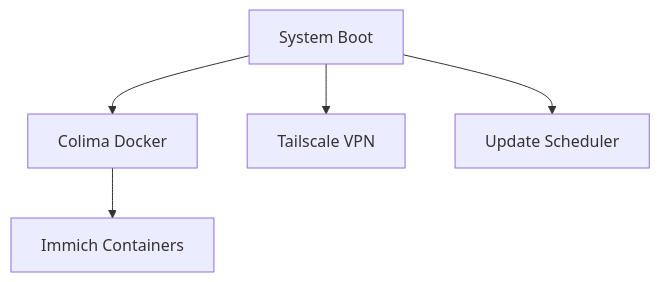
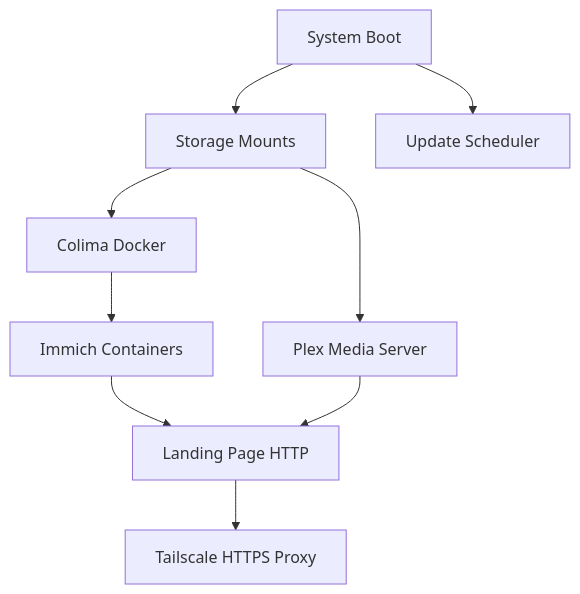
The diagram in docs/AUTOMATION.md (unnitin/home-server), drawn with Mermaid before and after one commit. The commit also changed other lines of this file and 24 other files, not shown here.

````diff
--- a/docs/AUTOMATION.md
+++ b/docs/AUTOMATION.md
@@ -26,7 +26,11 @@
 ```mermaid
 graph TD
-    A[System Boot] --> B[Colima Docker]
-    B --> C[Immich Containers]
-    A --> D[Tailscale VPN]
-    A --> E[Update Scheduler]
+    A[System Boot] --> B[Storage Mounts]
+    B --> C[Colima Docker] 
+    C --> D[Immich Containers]
+    B --> E[Plex Media Server]
+    D --> F[Landing Page HTTP]
+    E --> F
+    F --> G[Tailscale HTTPS Proxy]
+    A --> H[Update Scheduler]
 ```
````
